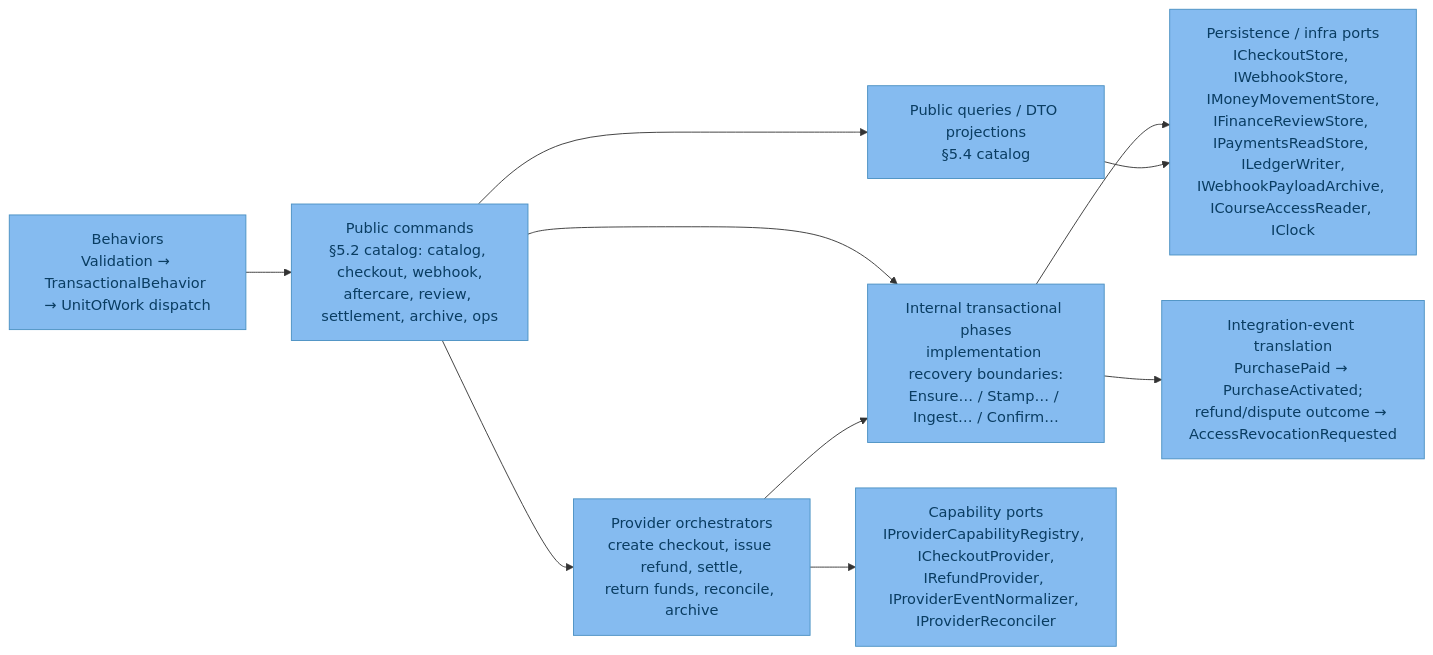
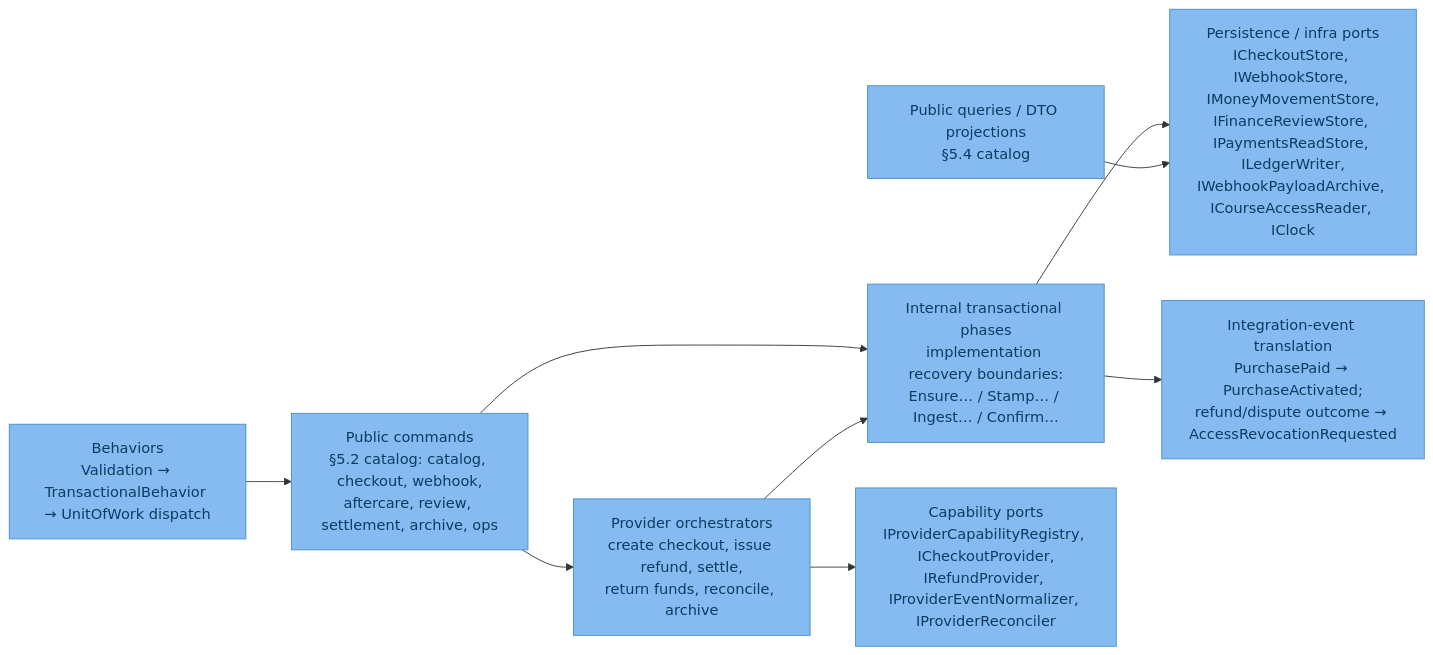
Before and after one commit to Azero77/alpha-zero: the fourth of 10 diagrams in plans/payments/C4Model.md, drawn with Mermaid. The commit also changed other lines of this file, not shown here.

````diff
--- a/plans/payments/C4Model.md
+++ b/plans/payments/C4Model.md
@@ -130,21 +132,20 @@
 ```mermaid
 flowchart LR
   classDef component fill:#85bbf0,color:#0a3d62,stroke:#4a90c2;
   cmd["Public commands<br/>§5.2 catalog: catalog, checkout, webhook,<br/>aftercare, review, settlement, archive, ops"]:::component
   qry["Public queries / DTO projections<br/>§5.4 catalog"]:::component
   orch["Provider orchestrators<br/>create checkout, issue refund, settle,<br/>return funds, reconcile, archive"]:::component
   phase["Internal transactional phases<br/>implementation recovery boundaries:<br/>Ensure… / Stamp… / Ingest… / Confirm…"]:::component
   cap["Capability ports<br/>IProviderCapabilityRegistry, ICheckoutProvider,<br/>IRefundProvider, IProviderEventNormalizer, IProviderReconciler"]:::component
   pers["Persistence / infra ports<br/>ICheckoutStore, IWebhookStore, IMoneyMovementStore,<br/>IFinanceReviewStore, IPaymentsReadStore, ILedgerWriter,<br/>IWebhookPayloadArchive, ICourseAccessReader, IClock"]:::component
   integ["Integration-event translation<br/>PurchasePaid → PurchaseActivated;<br/>refund/dispute outcome → AccessRevocationRequested"]:::component
   behavior["Behaviors<br/>Validation → TransactionalBehavior → UnitOfWork dispatch"]:::component
   behavior --> cmd
   cmd --> orch
   cmd --> phase
-  cmd --> qry
   orch --> phase
   orch --> cap
   phase --> pers
   phase --> integ
   qry --> pers
 ```
````
